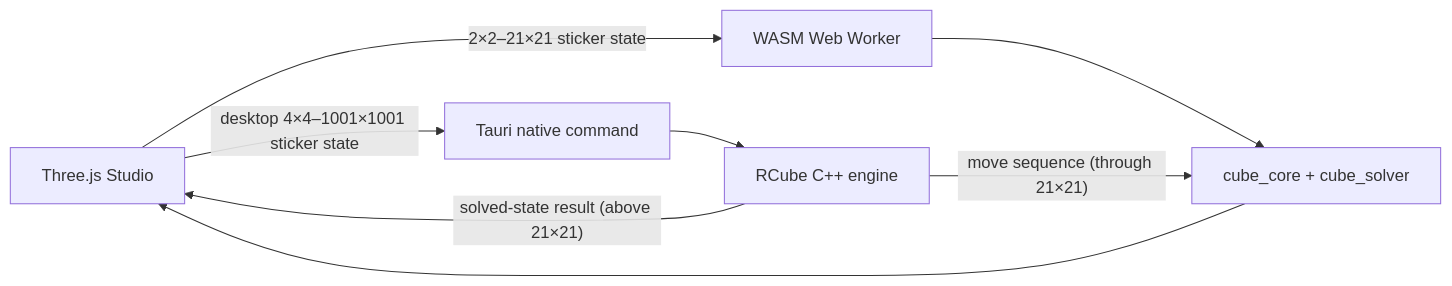
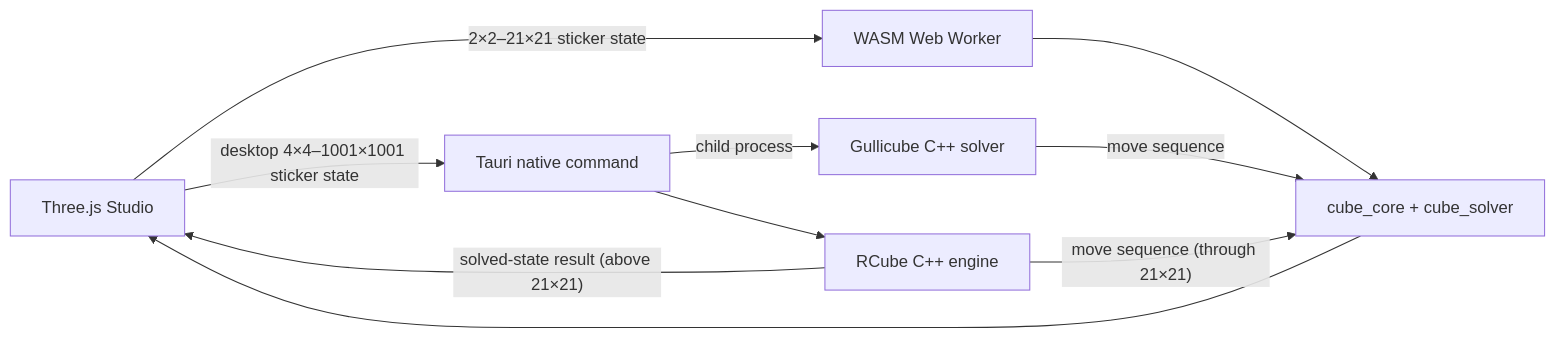
One commit to evaarnas/Solvaus-hybridi changed the diagram in README.md. Above: the diagram before and after it, drawn with Mermaid. The commit also changed other lines of this file and 1 other file, not shown here.

Commit message:
Updated the documentation to include gullicube

````diff
--- a/README.md
+++ b/README.md
@@ -128,10 +128,12 @@
 ```mermaid
 flowchart LR
     UI[Three.js Studio] -->|2×2–21×21 sticker state| Worker[WASM Web Worker]
     UI -->|desktop 4×4–1001×1001 sticker state| Tauri[Tauri native command]
     Worker --> Core[cube_core + cube_solver]
     Tauri --> RCube[RCube C++ engine]
+    Tauri -->|child process| Gulli[Gullicube C++ solver]
+    Gulli -->|move sequence| Core
     RCube -->|"move sequence (through 21×21)"| Core
     RCube -->|"solved-state result (above 21×21)"| UI
     Core --> UI
 ```
````
